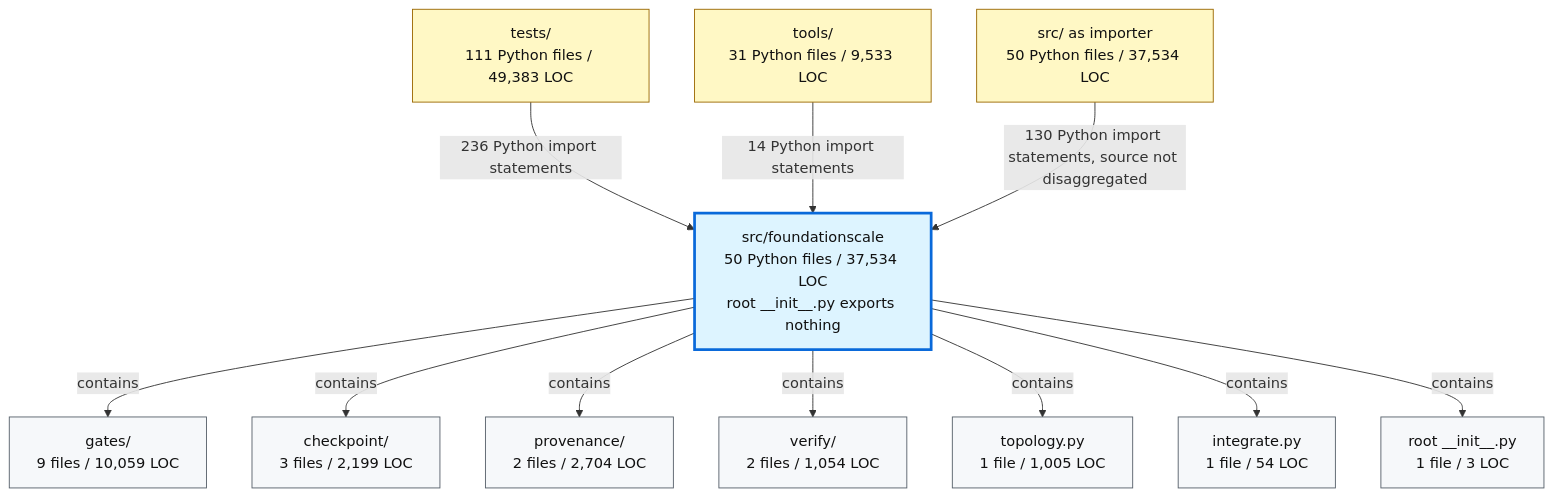
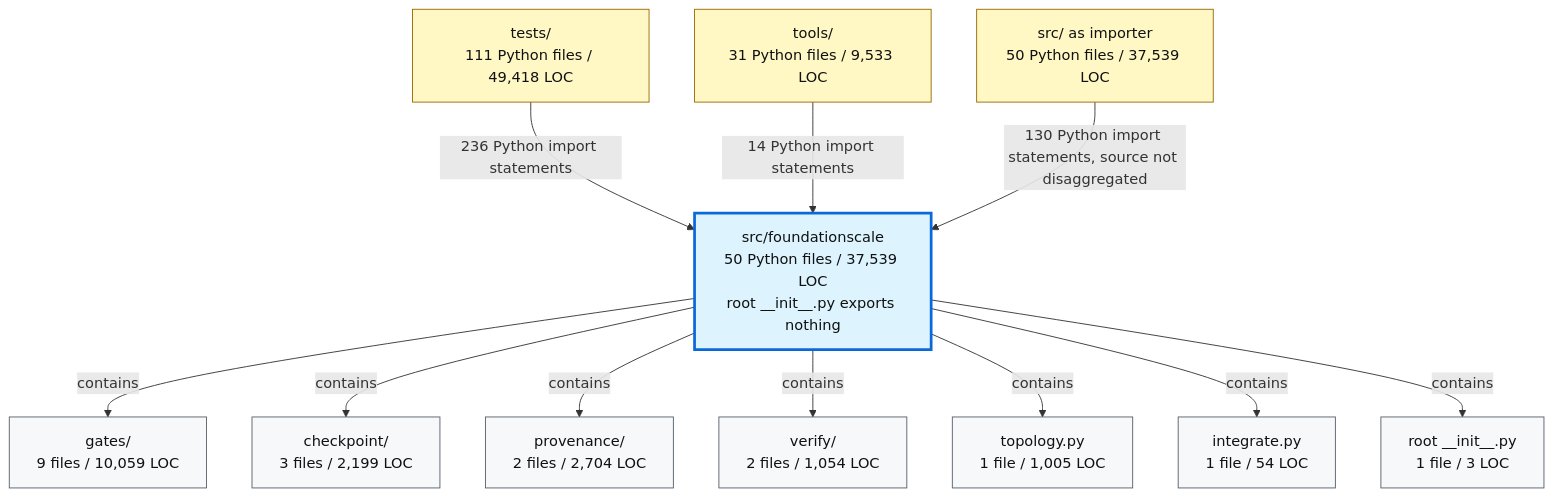
One commit to TranNhiem/FoundationScale changed the second of 2 diagrams in docs/review/D2_current_architecture.md. Above: the diagram before and after it, drawn with Mermaid. The commit also changed other lines of this file and 23 other files, not shown here.

````diff
--- a/docs/review/D2_current_architecture.md
+++ b/docs/review/D2_current_architecture.md
@@ -97,36 +97,36 @@
 ```mermaid
 flowchart TB
-  TESTS["tests/<br/>111 Python files / 49,383 LOC"]
+  TESTS["tests/<br/>111 Python files / 49,418 LOC"]
   TOOLS["tools/<br/>31 Python files / 9,533 LOC"]
-  SRC["src/ as importer<br/>50 Python files / 37,534 LOC"]
+  SRC["src/ as importer<br/>50 Python files / 37,539 LOC"]
 
-  FS["src/foundationscale<br/>50 Python files / 37,534 LOC<br/>root __init__.py exports nothing"]
+  FS["src/foundationscale<br/>50 Python files / 37,539 LOC<br/>root __init__.py exports nothing"]
 
   GATES["gates/<br/>9 files / 10,059 LOC"]
   CKPT["checkpoint/<br/>3 files / 2,199 LOC"]
   PROV["provenance/<br/>2 files / 2,704 LOC"]
   VERIFY["verify/<br/>2 files / 1,054 LOC"]
   TOPO["topology.py<br/>1 file / 1,005 LOC"]
   INTEG["integrate.py<br/>1 file / 54 LOC"]
   ROOT["root __init__.py<br/>1 file / 3 LOC"]
 
   TESTS -->|"236 Python import statements"| FS
   TOOLS -->|"14 Python import statements"| FS
   SRC -->|"130 Python import statements, source not disaggregated"| FS
 
   FS -->|"contains"| GATES
   FS -->|"contains"| CKPT
   FS -->|"contains"| PROV
   FS -->|"contains"| VERIFY
   FS -->|"contains"| TOPO
   FS -->|"contains"| INTEG
   FS -->|"contains"| ROOT
 
   classDef consumer fill:#fff8c5,stroke:#9a6700,color:#111;
   classDef package fill:#ddf4ff,stroke:#0969da,stroke-width:3px,color:#111;
   classDef module fill:#f6f8fa,stroke:#57606a,color:#111;
 
   class TESTS,TOOLS,SRC consumer;
   class FS package;
   class GATES,CKPT,PROV,VERIFY,TOPO,INTEG,ROOT module;
 ```
````
